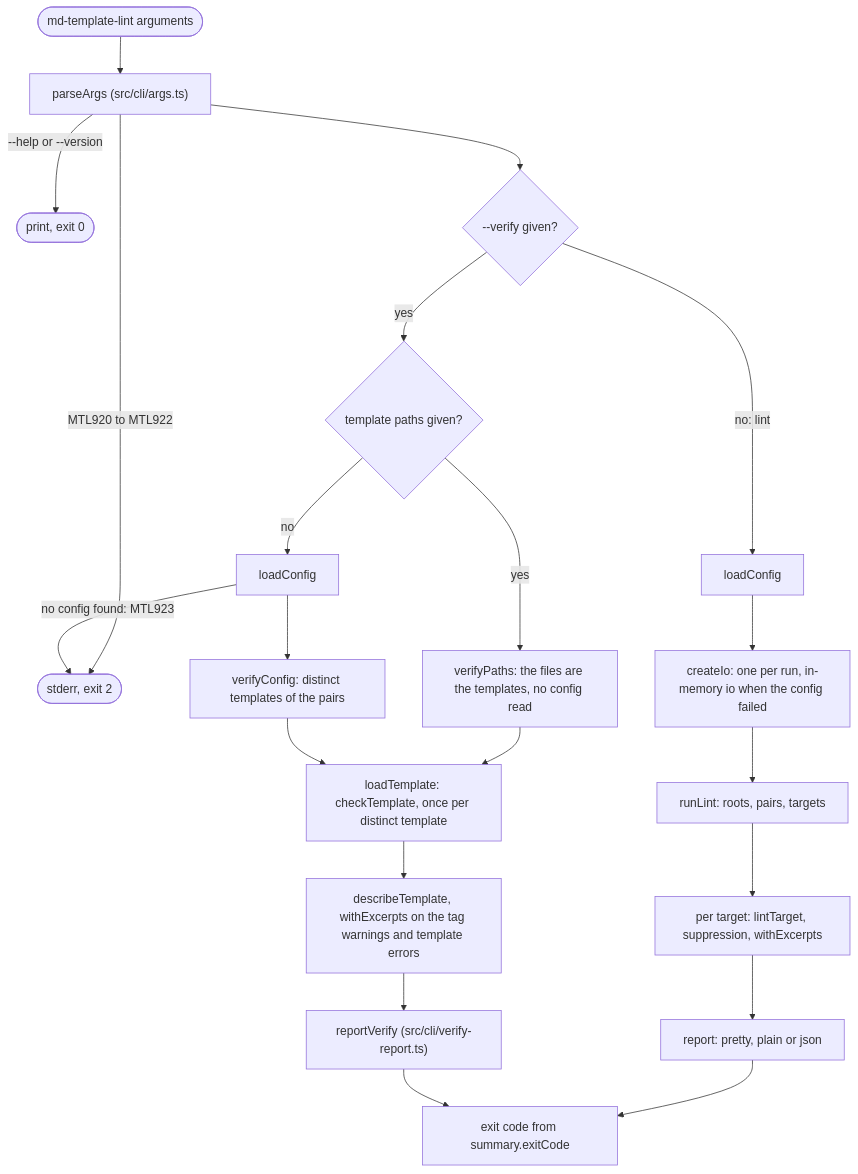
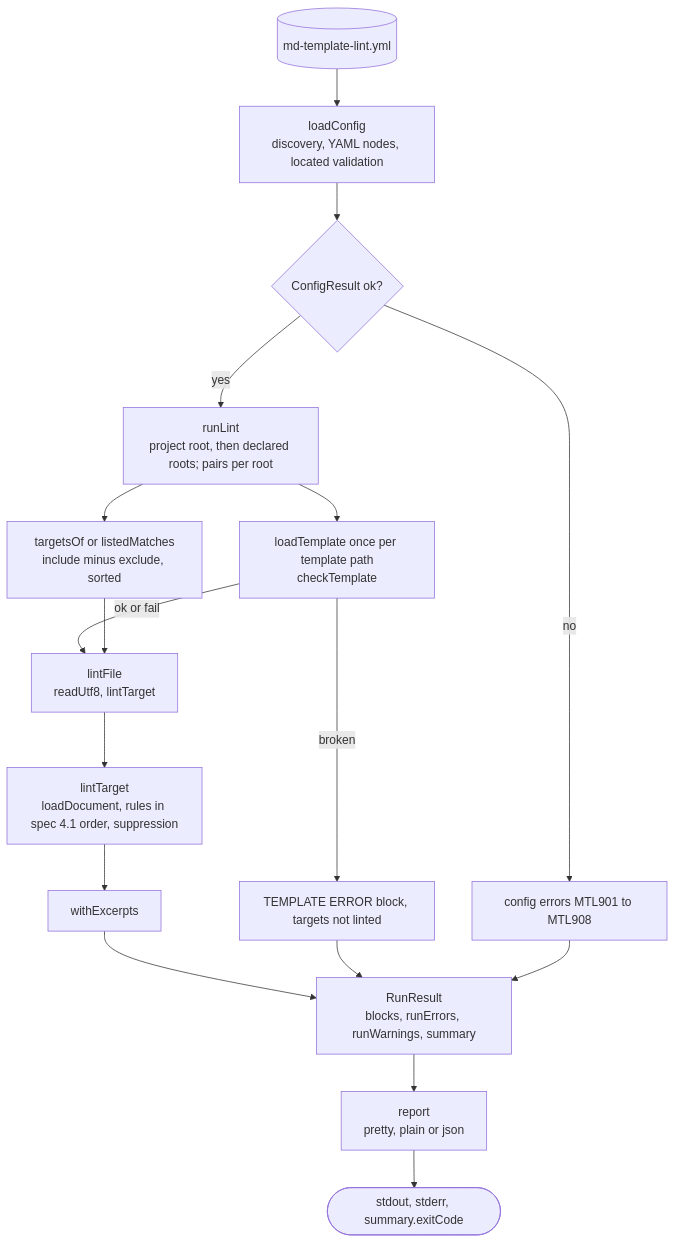
Before and after one commit to m21-cerutti/md-template-lint: the third of 5 diagrams in docs/architecture.md, drawn with Mermaid. The commit also changed other lines of this file and 139 other files, not shown here.

First line of the commit message:
docs(spec): rewrite spec, architecture, ADR audit

````diff
--- a/docs/architecture.md
+++ b/docs/architecture.md
@@ -452,23 +145,19 @@
 ```mermaid
 flowchart TD
-  argv(["md-template-lint arguments"]) --> args["parseArgs (src/cli/args.ts)"]
-  args -->|"--help or --version"| ok0(["print, exit 0"])
-  args -->|"MTL920 to MTL922"| bad2(["stderr, exit 2"])
-  args --> mode{"--verify given?"}
-  mode -->|"no: lint"| cfg1["loadConfig"]
-  cfg1 --> io1["createIo: one per run, in-memory io when the config failed"]
-  io1 --> lint["runLint: roots, pairs, targets"]
-  lint --> target["per target: lintTarget, suppression, withExcerpts"]
-  target --> rep["report: pretty, plain or json"]
-  mode -->|"yes"| given{"template paths given?"}
-  given -->|"yes"| vp["verifyPaths: the files are the templates, no config read"]
-  given -->|"no"| cfg2["loadConfig"]
-  cfg2 -->|"no config found: MTL923"| bad2
-  cfg2 --> vc["verifyConfig: distinct templates of the pairs"]
-  vp --> tpl["loadTemplate: checkTemplate, once per distinct template"]
-  vc --> tpl
-  tpl --> schema["describeTemplate, withExcerpts on the tag warnings and template errors"]
-  schema --> rv["reportVerify (src/cli/verify-report.ts)"]
-  rep --> code["exit code from summary.exitCode"]
-  rv --> code
+  yml[("md-template-lint.yml")] --> cfg["loadConfig<br/>discovery, YAML nodes, located validation"]
+  cfg --> ok{"ConfigResult ok?"}
+  ok -->|"no"| cfgErrors["config errors MTL901 to MTL908"]
+  ok -->|"yes"| roots["runLint<br/>project root, then declared roots; pairs per root"]
+  roots --> targets["targetsOf or listedMatches<br/>include minus exclude, sorted"]
+  roots --> tpl["loadTemplate once per template path<br/>checkTemplate"]
+  tpl -->|"broken"| broken["TEMPLATE ERROR block, targets not linted"]
+  tpl -->|"ok or fail"| lintFile["lintFile<br/>readUtf8, lintTarget"]
+  targets --> lintFile
+  lintFile --> pipe["lintTarget<br/>loadDocument, rules in spec 4.1 order, suppression"]
+  pipe --> excerpts["withExcerpts"]
+  excerpts --> result["RunResult<br/>blocks, runErrors, runWarnings, summary"]
+  broken --> result
+  cfgErrors --> result
+  result --> report["report<br/>pretty, plain or json"]
+  report --> out(["stdout, stderr, summary.exitCode"])
 ```
````
